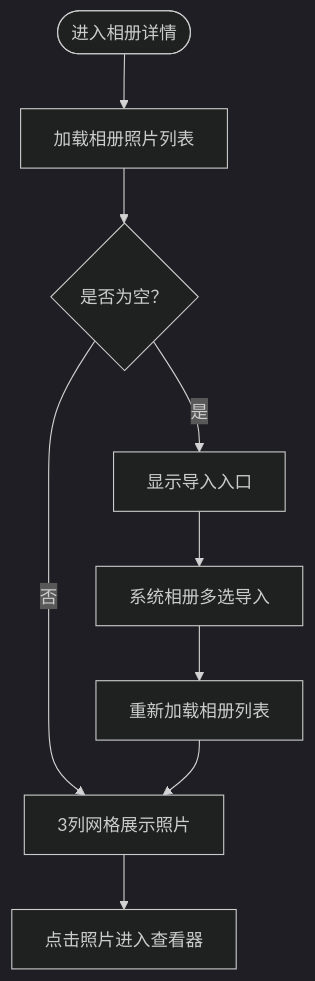
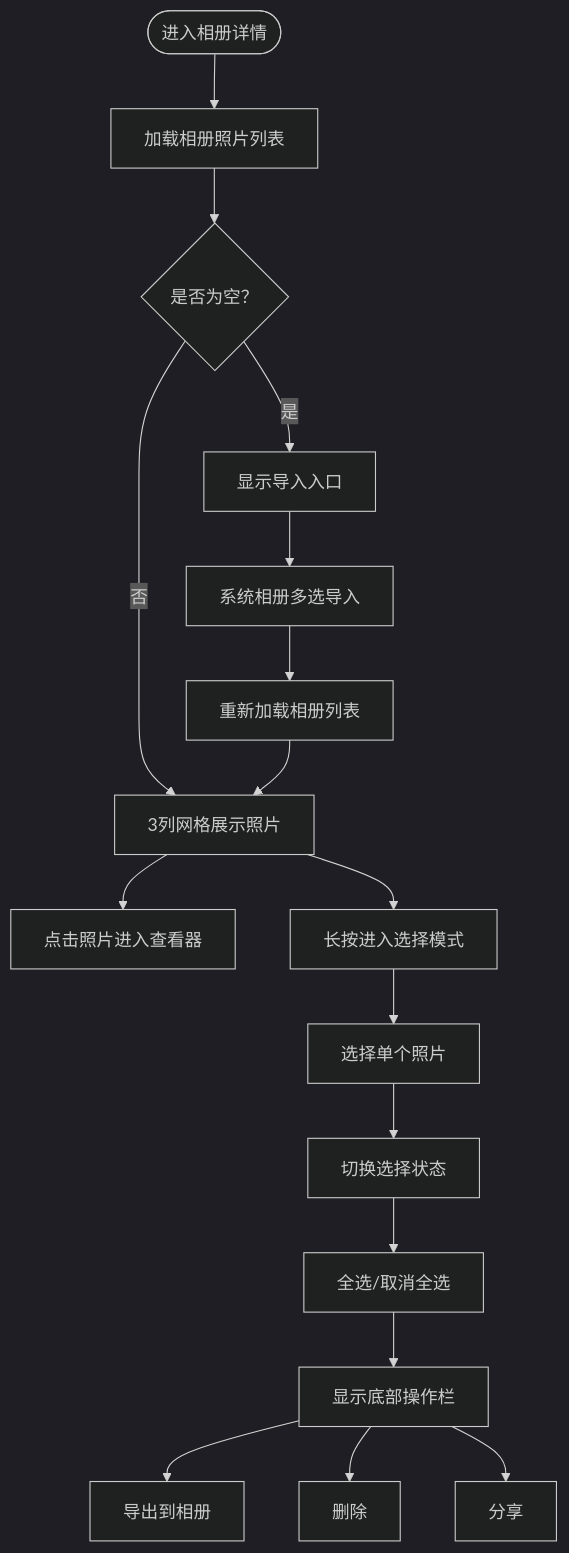
The third of 12 diagrams in .qoder/repowiki/zh/content/核心功能模块/照片管理系统.md (wanhongbo/ai-photo-vault), drawn with Mermaid (dark theme) before and after one commit. The commit also changed other lines of this file and 22 other files, not shown here.

````diff
--- a/.qoder/repowiki/zh/content/核心功能模块/照片管理系统.md
+++ b/.qoder/repowiki/zh/content/核心功能模块/照片管理系统.md
@@ -270,11 +346,19 @@
 ```mermaid
 flowchart TD
 Start(["进入相册详情"]) --> Load["加载相册照片列表"]
 Load --> Empty{"是否为空？"}
 Empty -- 是 --> ImportPrompt["显示导入入口"]
 ImportPrompt --> Pick["系统相册多选导入"]
 Pick --> ReLoad["重新加载相册列表"]
 Empty -- 否 --> Grid["3列网格展示照片"]
 ReLoad --> Grid
 Grid --> Click["点击照片进入查看器"]
+Grid --> LongPress["长按进入选择模式"]
+LongPress --> Select["选择单个照片"]
+Select --> Toggle["切换选择状态"]
+Toggle --> AllSelect["全选/取消全选"]
+AllSelect --> BottomBar["显示底部操作栏"]
+BottomBar --> Export["导出到相册"]
+BottomBar --> Delete["删除"]
+BottomBar --> Share["分享"]
 ```
````
